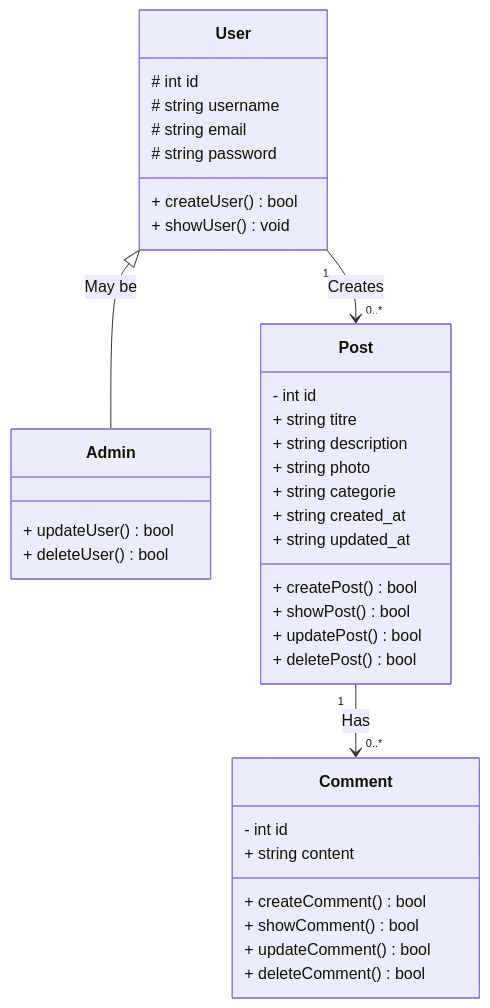
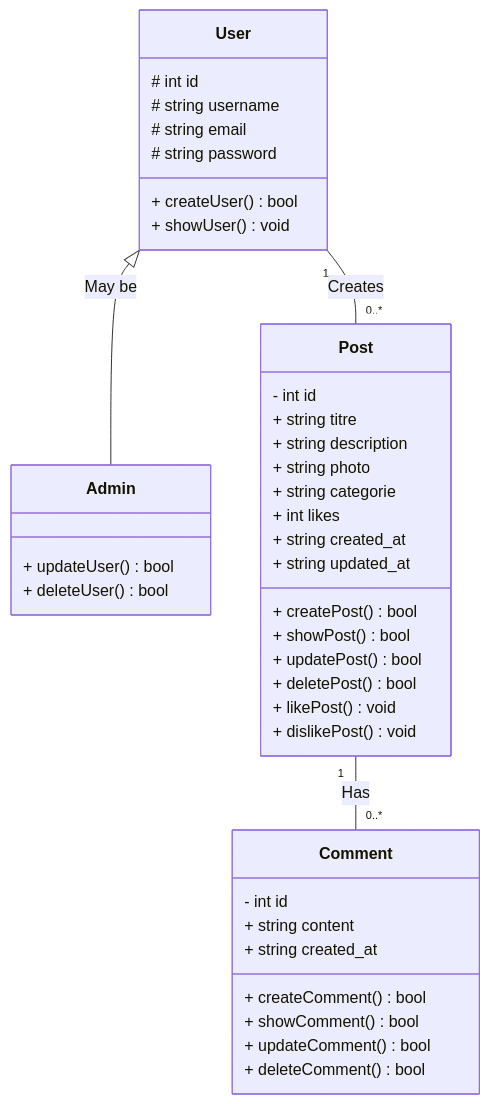
One commit to aymenBenadra/cine-master changed the diagram in Modelisation/class_diagram.md. Above: the diagram before and after it, drawn with Mermaid. The commit also changed 55 other files, not shown here.

````diff
--- a/Modelisation/class_diagram.md
+++ b/Modelisation/class_diagram.md
@@ -3,43 +3,47 @@
 ```mermaid
 classDiagram
     class User{
         # int id
         # string username
         # string email
         # string password
         + createUser() bool
         + showUser() void
     }
 
     class Admin{
         + updateUser() bool
         + deleteUser() bool
     }
 
     class Post{
       - int id
       + string titre
       + string description
       + string photo
       + string categorie
+      + int likes
       + string created_at
       + string updated_at
       + createPost() bool
       + showPost() bool
       + updatePost() bool
       + deletePost() bool
+      + likePost() void
+      + dislikePost() void
     }
 
     class Comment{
       - int id
       + string content
+      + string created_at
       + createComment() bool
       + showComment() bool
       + updateComment() bool
       + deleteComment() bool
     }
             
     User <|-- Admin : May be
-    Post "1" --> "0..*" Comment : Has
-    User "1" --> "0..*" Post : Creates
+    Post "1" -- "0..*" Comment : Has
+    User "1" -- "0..*" Post : Creates
 ```
````
